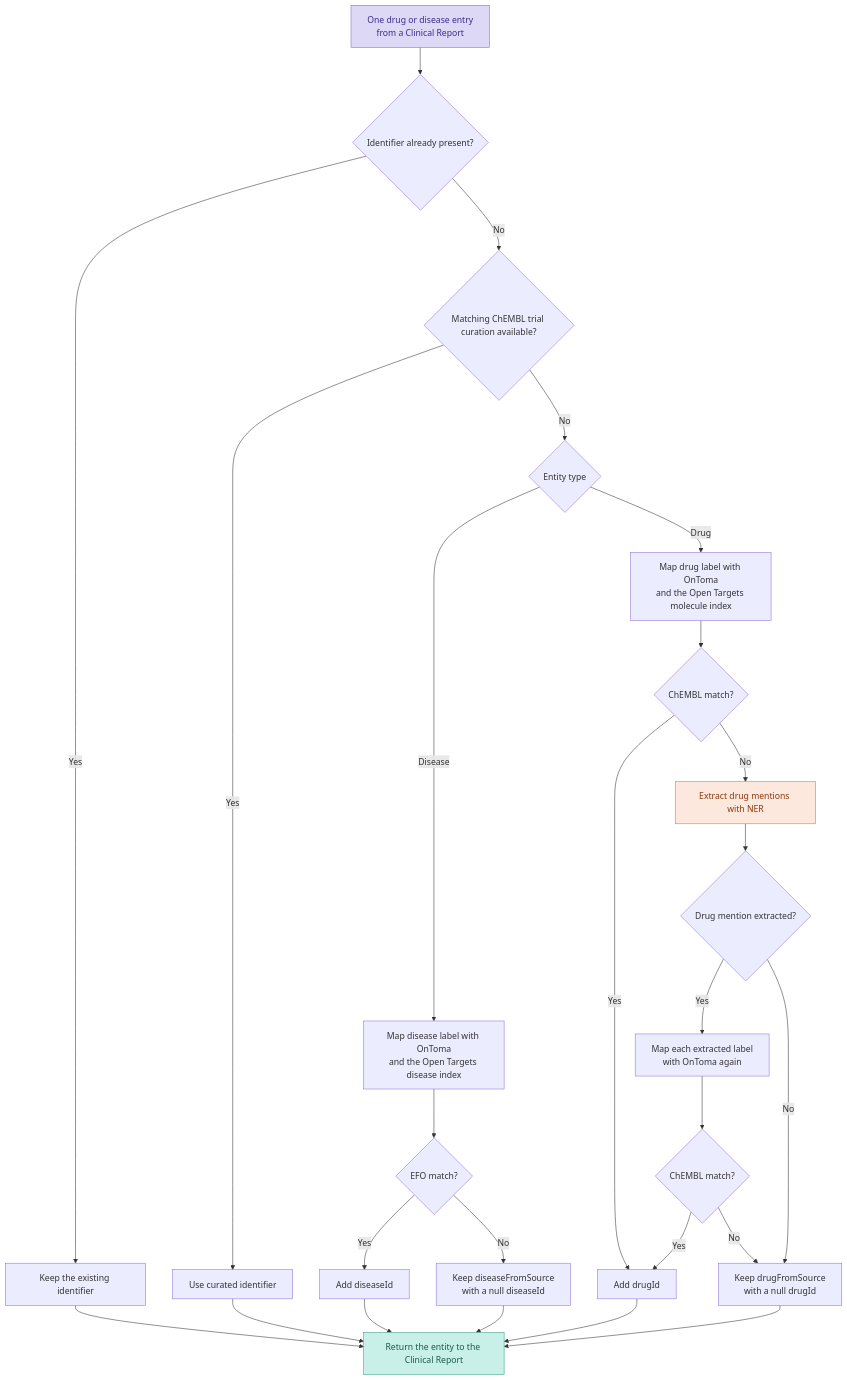
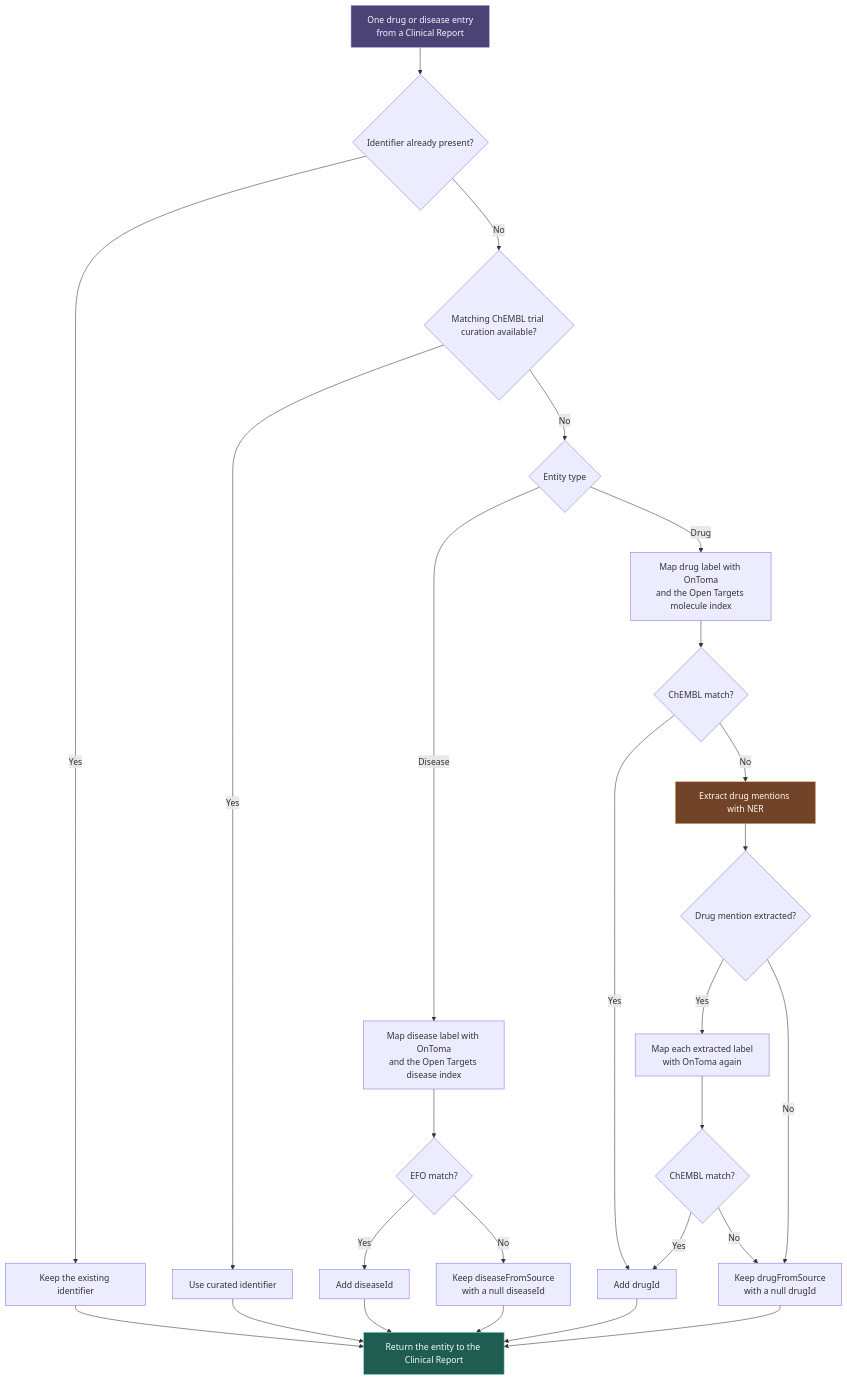
Before and after one commit to opentargets/mira: the first of 2 diagrams in docs/entity-mapping.md, drawn with Mermaid. The commit also changed other lines of this file and 32 other files, not shown here.

````diff
--- a/docs/entity-mapping.md
+++ b/docs/entity-mapping.md
@@ -16,35 +16,35 @@
 ```mermaid
 flowchart TD
     START["One drug or disease entry<br/>from a Clinical Report"] --> EXISTING{"Identifier already present?"}
     EXISTING -- Yes --> KEEP["Keep the existing identifier"]
     EXISTING -- No --> CURATION{"Matching ChEMBL trial curation available?"}
     CURATION -- Yes --> CURATED["Use curated identifier"]
     CURATION -- No --> TYPE{"Entity type"}
 
     TYPE -- Disease --> DMAP["Map disease label with OnToma<br/>and the Open Targets disease index"]
     DMAP --> DRESULT{"EFO match?"}
     DRESULT -- Yes --> DID["Add diseaseId"]
     DRESULT -- No --> DUNMAPPED["Keep diseaseFromSource<br/>with a null diseaseId"]
 
     TYPE -- Drug --> DRUGMAP["Map drug label with OnToma<br/>and the Open Targets molecule index"]
     DRUGMAP --> DRUGRESULT{"ChEMBL match?"}
     DRUGRESULT -- Yes --> DRUGID["Add drugId"]
     DRUGRESULT -- No --> NER["Extract drug mentions with NER"]
     NER --> FOUND{"Drug mention extracted?"}
     FOUND -- Yes --> REMAP["Map each extracted label<br/>with OnToma again"]
     REMAP --> REMAPRESULT{"ChEMBL match?"}
     REMAPRESULT -- Yes --> DRUGID
     REMAPRESULT -- No --> DRUGUNMAPPED["Keep drugFromSource<br/>with a null drugId"]
     FOUND -- No --> DRUGUNMAPPED
 
     KEEP --> OUTPUT["Return the entity to the Clinical Report"]
     CURATED --> OUTPUT
     DID --> OUTPUT
     DUNMAPPED --> OUTPUT
     DRUGID --> OUTPUT
     DRUGUNMAPPED --> OUTPUT
 
-    style START fill:#dcd8f5,stroke:#7b6fc4,color:#3b2e8a
-    style OUTPUT fill:#c8f0e8,stroke:#3a9e82,color:#1a5c4a
-    style NER fill:#fce8dc,stroke:#c97a50,color:#8b3a10
+    style START fill:#4b4375,stroke:#b9aeef,color:#f8f6ff
+    style OUTPUT fill:#1f5d50,stroke:#7ed6c4,color:#f2fbf8
+    style NER fill:#714329,stroke:#ffb37c,color:#fff7f0
 ```
````
